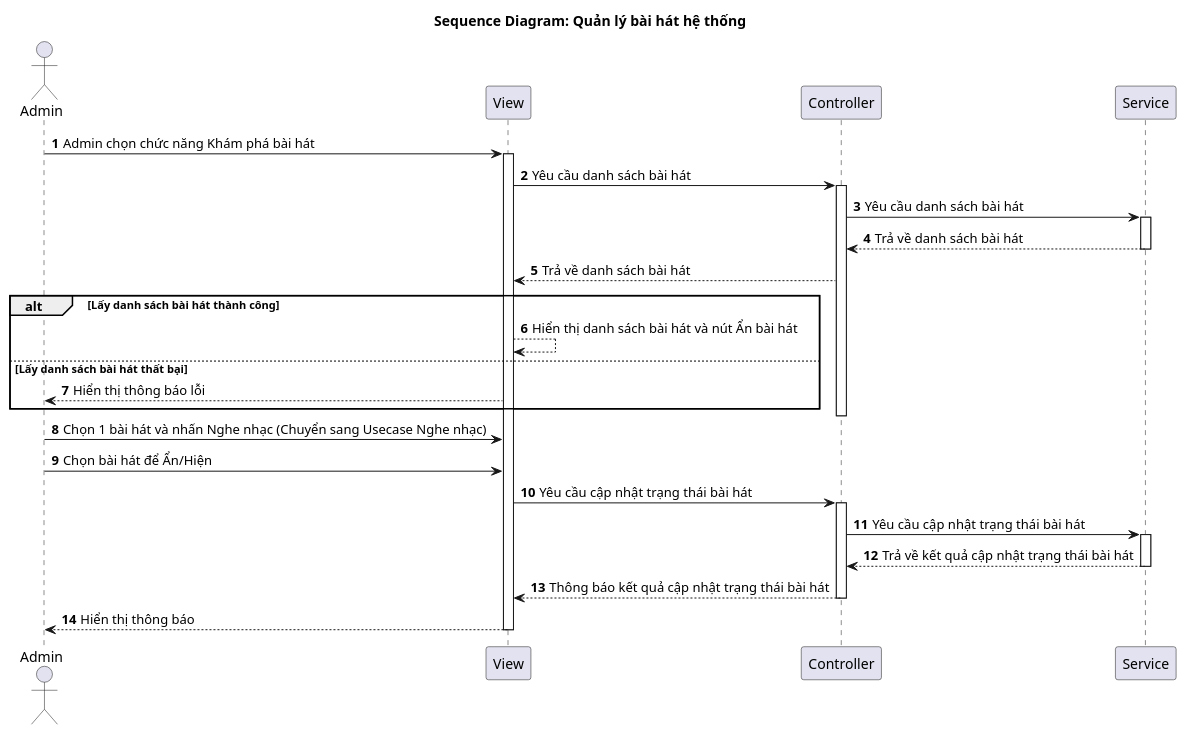
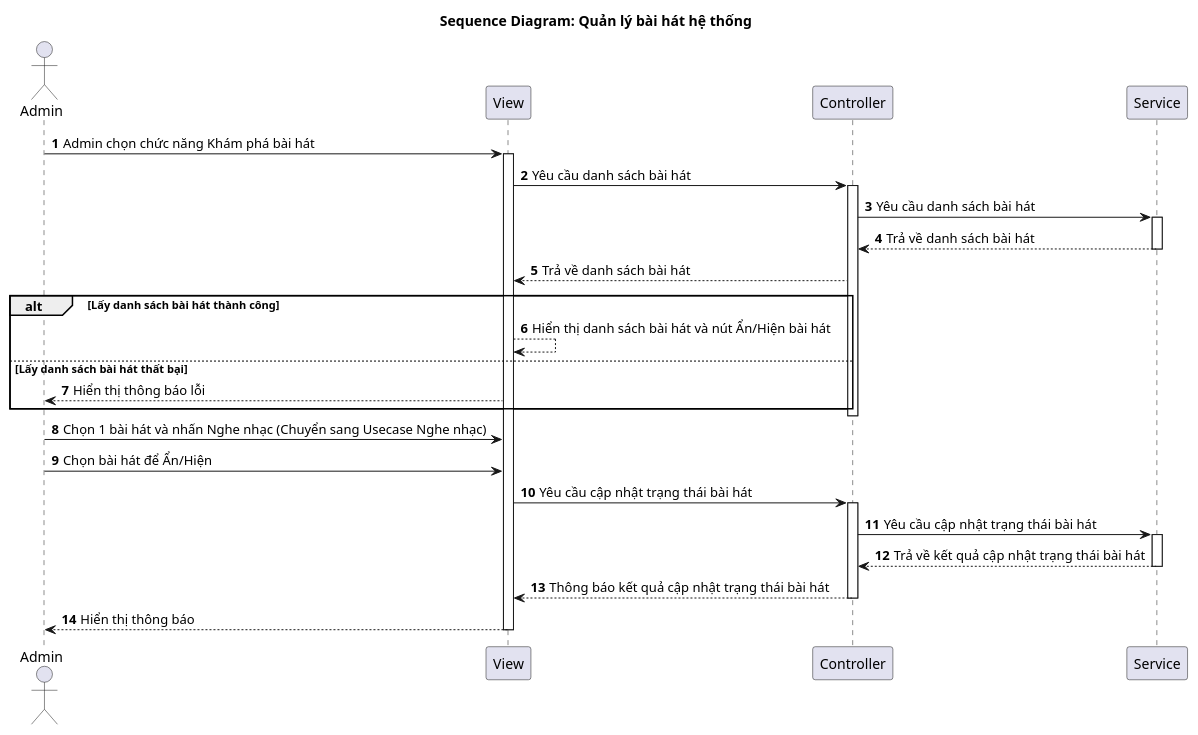
The diagram in Diagrams/SequenceDiagram/ManageSystemSongs.plantuml (vinh047/soundwave), drawn with PlantUML before and after one commit. The commit also changed 29 other files, not shown here.

```diff
--- a/Diagrams/SequenceDiagram/ManageSystemSongs.plantuml
+++ b/Diagrams/SequenceDiagram/ManageSystemSongs.plantuml
@@ -1,41 +1,41 @@
 @startuml SD
 
 actor "Admin" as Admin
 participant "View" as View
 participant "Controller" as Controller
 participant "Service" as Service
 
 title Sequence Diagram: Quản lý bài hát hệ thống
 
 autonumber
 
 Admin -> View: Admin chọn chức năng Khám phá bài hát
 activate View
 View -> Controller: Yêu cầu danh sách bài hát
 activate Controller
 Controller -> Service: Yêu cầu danh sách bài hát
 activate Service
 Service --> Controller: Trả về danh sách bài hát
 deactivate Service
 Controller --> View: Trả về danh sách bài hát
 alt Lấy danh sách bài hát thành công
-    View --> View: Hiển thị danh sách bài hát và nút Ẩn bài hát
+    View --> View: Hiển thị danh sách bài hát và nút Ẩn/Hiện bài hát
 else Lấy danh sách bài hát thất bại
     View --> Admin: Hiển thị thông báo lỗi
 end
 deactivate Controller
 
 Admin -> View: Chọn 1 bài hát và nhấn Nghe nhạc (Chuyển sang Usecase Nghe nhạc)
 
 Admin -> View: Chọn bài hát để Ẩn/Hiện
 View -> Controller: Yêu cầu cập nhật trạng thái bài hát
 activate Controller
 Controller -> Service: Yêu cầu cập nhật trạng thái bài hát
 activate Service
 Service --> Controller: Trả về kết quả cập nhật trạng thái bài hát
 deactivate Service
 Controller --> View: Thông báo kết quả cập nhật trạng thái bài hát
 deactivate Controller
 View --> Admin: Hiển thị thông báo
 deactivate View
 @enduml
```
